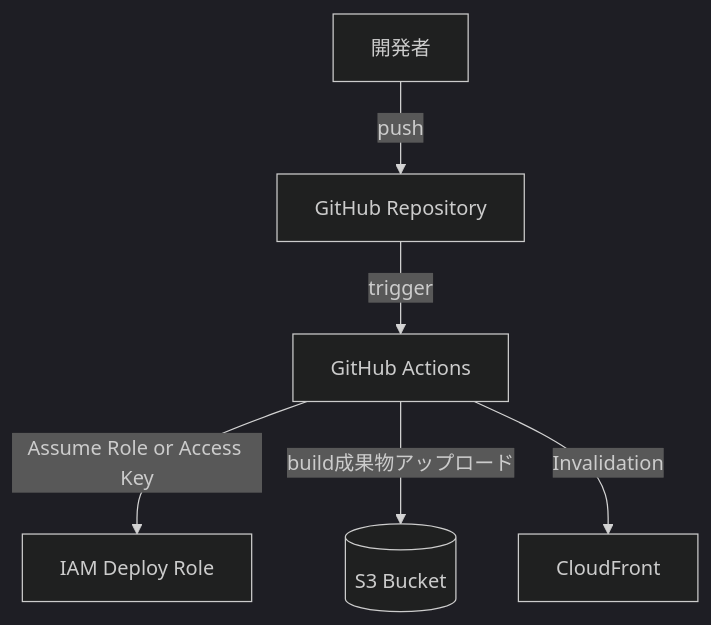
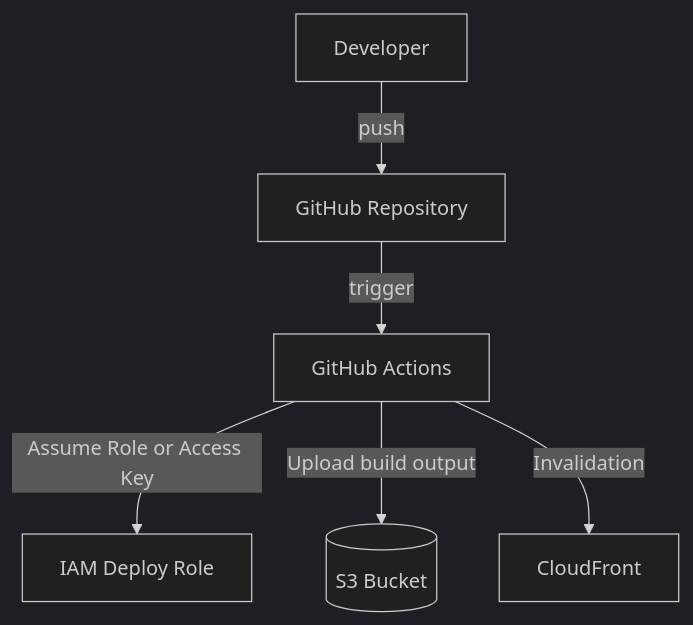
One commit to vincentmango-wen/aws-cert-roadmap-lab changed the ninth of 11 diagrams in docs/designs/04_aws_architecture_design.md. Above: the diagram before and after it, drawn with Mermaid (dark theme). The commit also changed other lines of this file and 117 other files, not shown here.

````diff
--- a/docs/designs/04_aws_architecture_design.md
+++ b/docs/designs/04_aws_architecture_design.md
@@ -681,15 +681,15 @@
 ```mermaid
 flowchart TD
-    Dev[開発者]
+    Dev[Developer]
     GitHub[GitHub Repository]
     Actions[GitHub Actions]
     S3[(S3 Bucket)]
     CF[CloudFront]
     IAM[IAM Deploy Role]
 
     Dev -->|push| GitHub
     GitHub -->|trigger| Actions
     Actions -->|Assume Role or Access Key| IAM
-    Actions -->|build成果物アップロード| S3
+    Actions -->|Upload build output| S3
     Actions -->|Invalidation| CF
 ```
````
